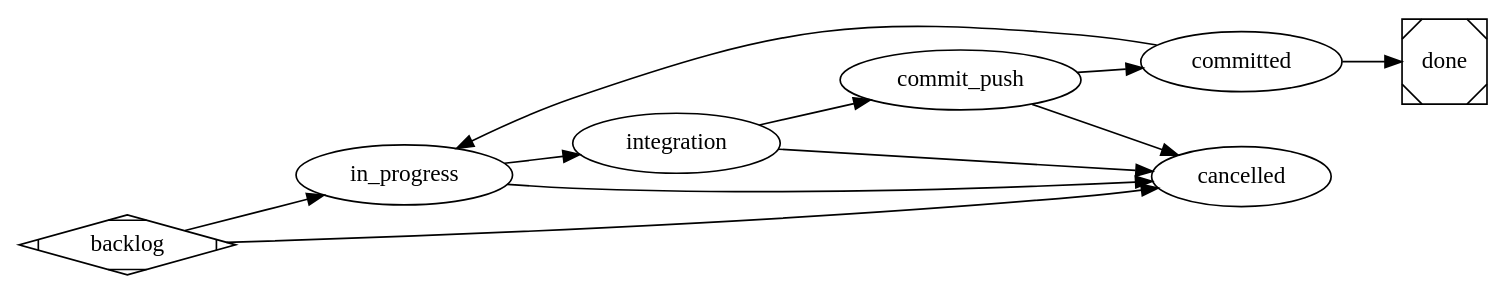
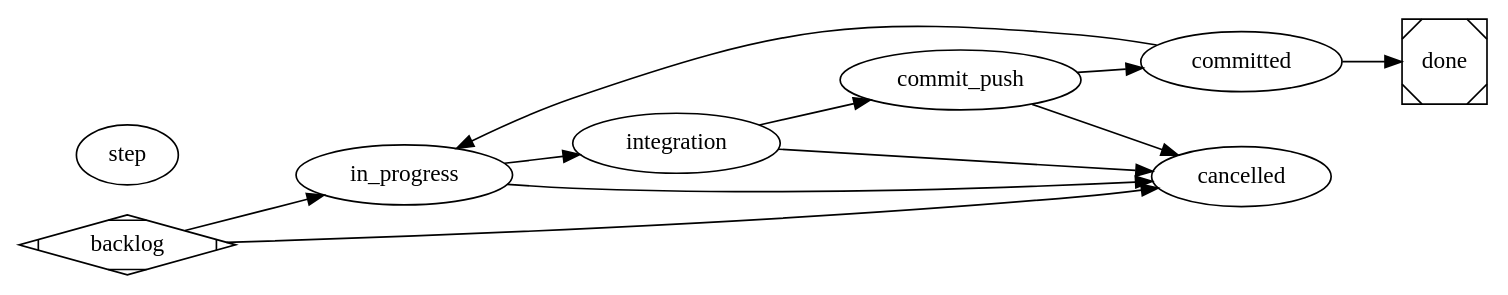
Before and after one commit to bobmcallan/satelle: the diagram in .satelle/workflows/satelle-project-workflow.md, drawn with Graphviz. The commit also changed 9 other files, not shown here.

First line of the commit message:
feat(workflow): transparent lifecycle reviewers + relaxed spine (sty_9a139c78)

````diff
--- a/.satelle/workflows/satelle-project-workflow.md
+++ b/.satelle/workflows/satelle-project-workflow.md
@@ -46,26 +46,29 @@
 ```dot
 digraph satelle_workflow {
   graph [goal="Drive a story to done — every gate accepted, the commit-push release verified by CI", vars="story, repo_root"]
   rankdir=LR
 
   backlog     [shape=Mdiamond]
   in_progress [actor=executor]
   integration [actor=executor]
   commit_push [actor=executor, prompt="@skill:commit-push"]
   committed   [actor=reviewer, prompt="@skill:satelle-commit-push-review"]
   done        [shape=Msquare, actor=reviewer, prompt="@skill:satelle-story-done-review"]
   cancelled   [actor=reviewer, prompt="@skill:satelle-story-cancel-review"]
+  // step opts this workflow into per-transition step summaries (sty_9a139c78):
+  // an edge-less declaration, mandatory so a summary failure is surfaced.
+  step        [actor=reviewer, prompt="@skill:satelle-step-summary", mandatory=true]
 
   backlog -> in_progress
   in_progress -> integration [reviewer_skill="satelle-code-ac-review"]
   integration -> commit_push [reviewer_skill="satelle-integration-review"]
   commit_push -> committed -> done
 
   committed   -> in_progress  // recovery: a done-review reject returns to work
 
   backlog     -> cancelled
   in_progress -> cancelled
   integration -> cancelled
   commit_push -> cancelled
 }
 ```
````
